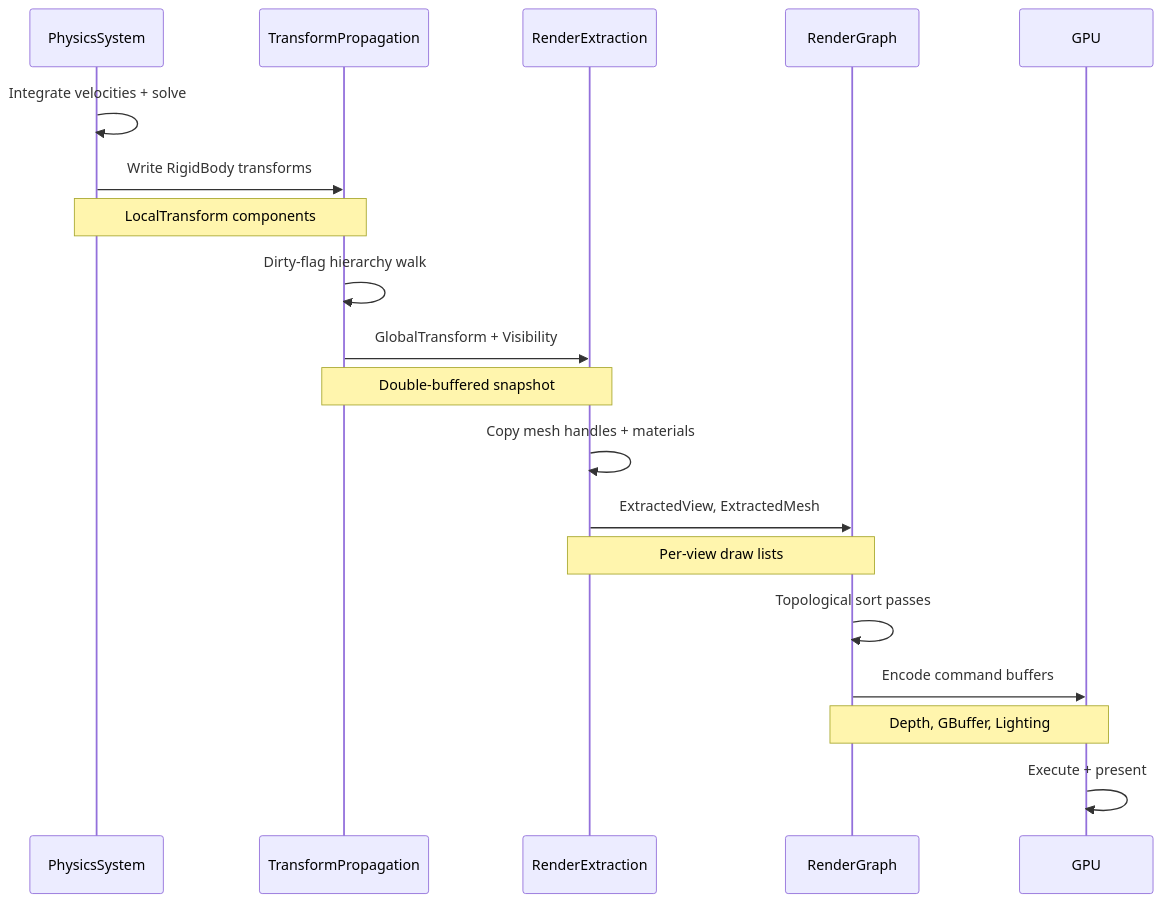
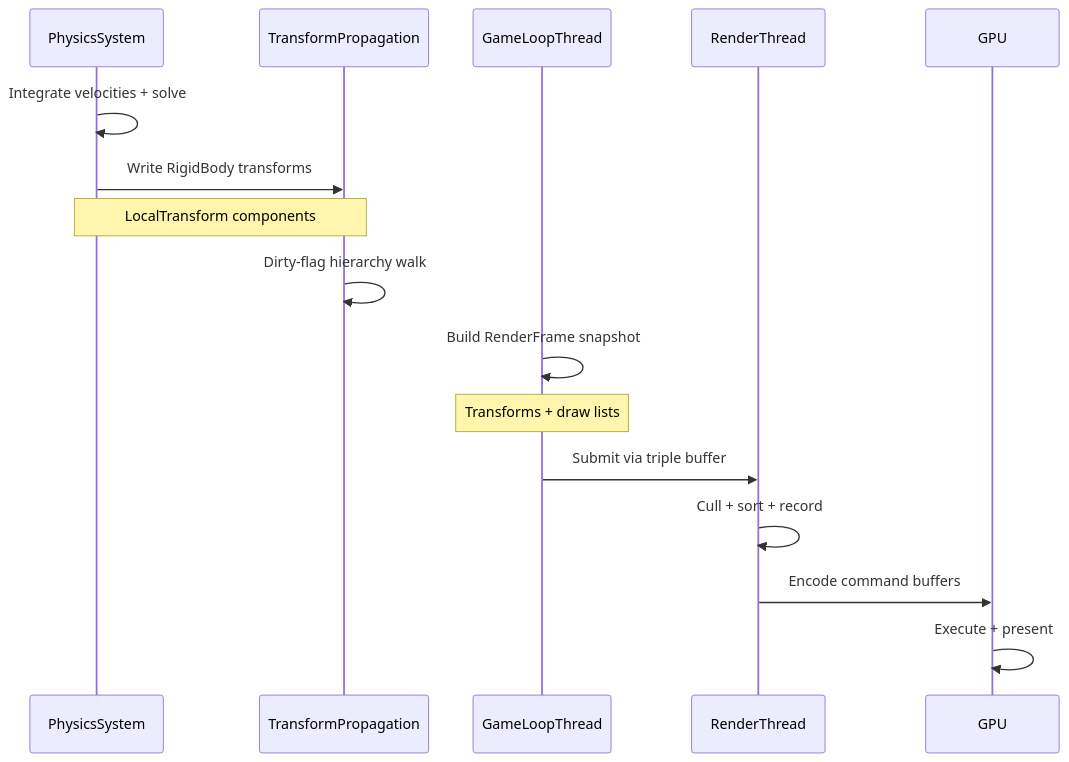
Diagram 11 of 15 in docs/architecture.md (harmonius-dev/harmonius), drawn with Mermaid before and after one commit. The commit also changed other lines of this file and 229 other files, not shown here.

````diff
--- a/docs/architecture.md
+++ b/docs/architecture.md
@@ -1315,26 +1340,21 @@
 ```mermaid
 sequenceDiagram
     participant PS as PhysicsSystem
     participant TP as TransformPropagation
-    participant RE as RenderExtraction
-    participant RG as RenderGraph
+    participant GL as GameLoopThread
+    participant RT as RenderThread
     participant GPU as GPU
 
     PS->>PS: Integrate velocities + solve
     PS->>TP: Write RigidBody transforms
     Note over PS,TP: LocalTransform components
 
     TP->>TP: Dirty-flag hierarchy walk
-    TP->>RE: GlobalTransform + Visibility
-    Note over TP,RE: Double-buffered snapshot
+    GL->>GL: Build RenderFrame snapshot
+    Note over GL: Transforms + draw lists
 
-    RE->>RE: Copy mesh handles + materials
-    RE->>RG: ExtractedView, ExtractedMesh
-    Note over RE,RG: Per-view draw lists
-
-    RG->>RG: Topological sort passes
-    RG->>GPU: Encode command buffers
-    Note over RG,GPU: Depth, GBuffer, Lighting
-
+    GL->>RT: Submit via triple buffer
+    RT->>RT: Cull + sort + record
+    RT->>GPU: Encode command buffers
     GPU->>GPU: Execute + present
 ```
````
